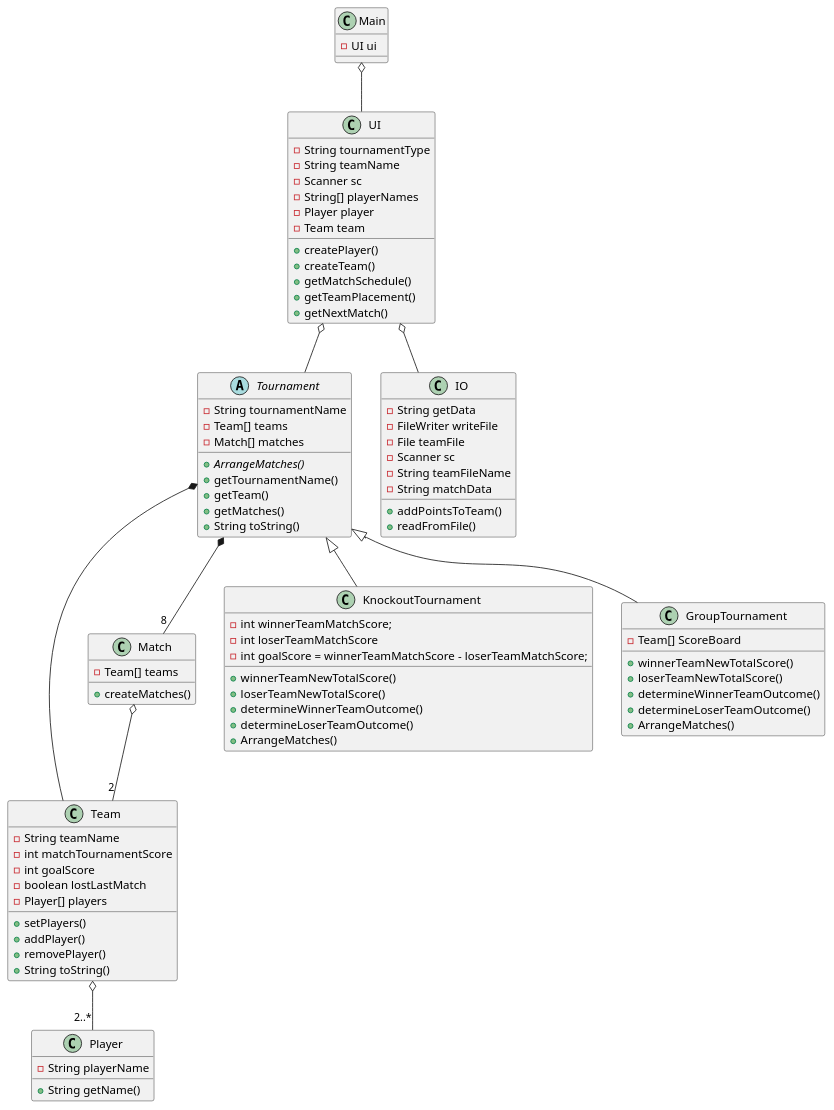
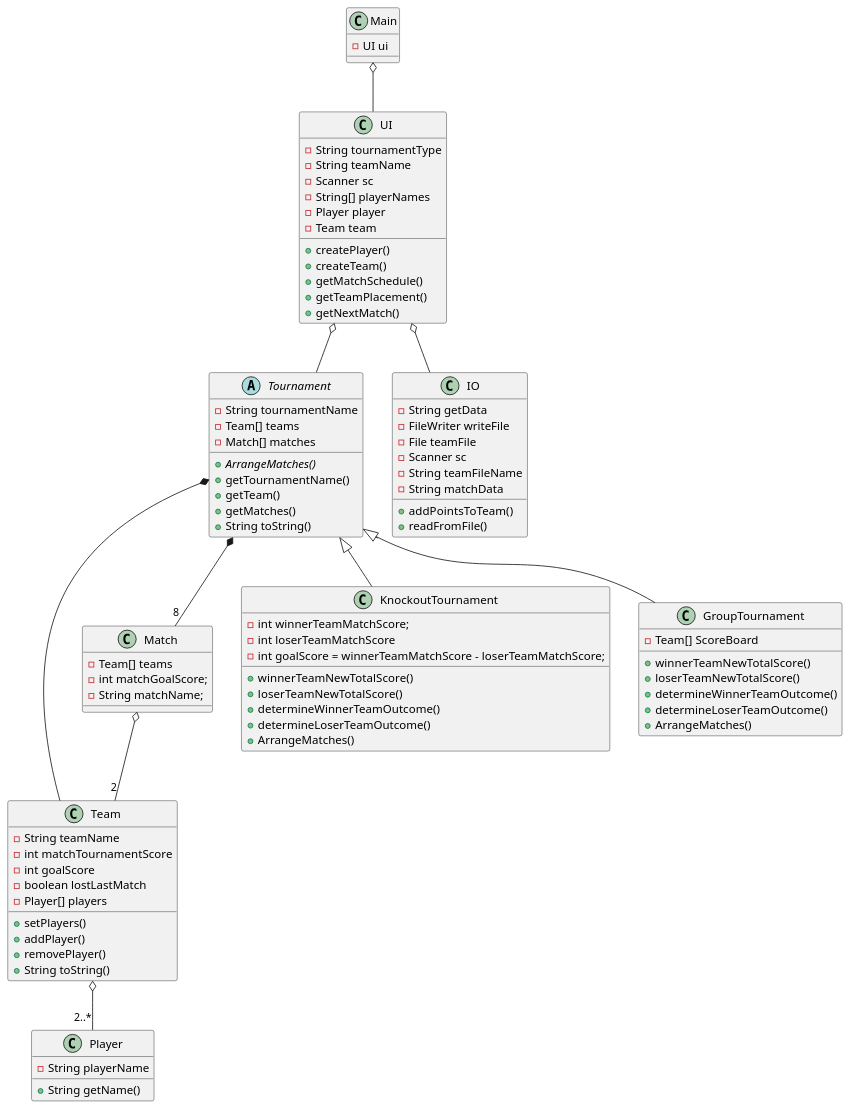
The diagram in doc/Class.puml (DeRp-DaWg/SP3), drawn with PlantUML before and after one commit.

Commit message:
Lavet af Andreas

```diff
--- a/doc/Class.puml
+++ b/doc/Class.puml
@@ -1,97 +1,98 @@
 @startuml
 'https://plantuml.com/class-diagram
 
 class Main{
 -UI ui
 }
 
 class Player {
 -String playerName
 +String getName()
 }
 
 class Team {
 -String teamName
 -int matchTournamentScore
 -int goalScore
 -boolean lostLastMatch
 -Player[] players
 +setPlayers()
 +addPlayer()
 +removePlayer()
 +String toString()
 }
 
 class Match{
 -Team[] teams
-+createMatches()
+-int matchGoalScore;
+-String matchName;
 }
 
 abstract Tournament {
 -String tournamentName
 -Team[] teams
 -Match[] matches
 +{abstract}ArrangeMatches()
 +getTournamentName()
 +getTeam()
 +getMatches()
 +String toString()
 }
 
 class KnockoutTournament{
 -int winnerTeamMatchScore;
 -int loserTeamMatchScore
 -int goalScore = winnerTeamMatchScore - loserTeamMatchScore;
 
 +winnerTeamNewTotalScore()
 +loserTeamNewTotalScore()
 +determineWinnerTeamOutcome()
 +determineLoserTeamOutcome()
 +ArrangeMatches()
 }
 
 class GroupTournament{
 -Team[] ScoreBoard
 +winnerTeamNewTotalScore()
 +loserTeamNewTotalScore()
 +determineWinnerTeamOutcome()
 +determineLoserTeamOutcome()
 +ArrangeMatches()
 }
 
 class UI {
 -String tournamentType
 -String teamName
 -Scanner sc
 -String[] playerNames
 -Player player
 -Team team
 +createPlayer()
 +createTeam()
 +getMatchSchedule()
 +getTeamPlacement()
 +getNextMatch()
 }
 
 class IO {
 -String getData
 -FileWriter writeFile
 -File teamFile
 -Scanner sc
 -String teamFileName
 -String matchData
 +addPointsToTeam()
 +readFromFile()
 }
 
 
 UI o-- Tournament
 UI o-- IO
 Tournament *-- "8" Match
 Tournament *-- Team
 Match o-- "2" Team
 Team o-- "2..*" Player
 Tournament <|-- KnockoutTournament
 Tournament <|-- GroupTournament
 Main o-- UI
 @enduml
```
